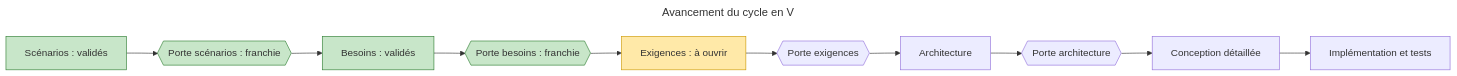
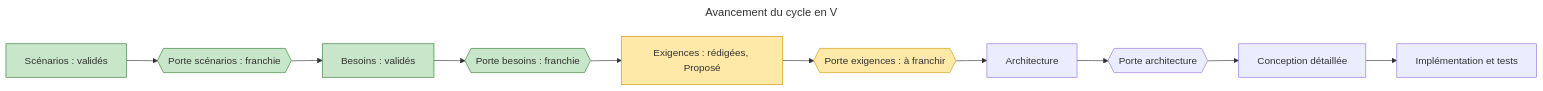
Before and after one commit to thourymatthieu-png/coworker_archi_system: the diagram in projets/boomrone/reprise.md, drawn with Mermaid. The commit also changed other lines of this file and 11 other files, not shown here.

First line of the commit message:
Boomrone : phase exigences, 41 exigences, 26 TS et 15 TA, porte non franchie

````diff
--- a/projets/boomrone/reprise.md
+++ b/projets/boomrone/reprise.md
@@ -8,19 +10,19 @@
 ```mermaid
 ---
 title: "Avancement du cycle en V"
 ---
 flowchart LR
     S["Scénarios : validés"] --> PS{{"Porte scénarios : franchie"}}
     PS --> B["Besoins : validés"]
     B --> PB{{"Porte besoins : franchie"}}
-    PB --> R["Exigences : à ouvrir"]
-    R --> PR{{"Porte exigences"}}
+    PB --> R["Exigences : rédigées, Proposé"]
+    R --> PR{{"Porte exigences : à franchir"}}
     PR --> A["Architecture"]
     A --> PA{{"Porte architecture"}}
     PA --> D["Conception détaillée"]
     D --> I["Implémentation et tests"]
     classDef fait fill:#c8e6c9,stroke:#2e7d32
     classDef cours fill:#ffe9a8,stroke:#c90
     class S,PS,B,PB fait
-    class R cours
+    class R,PR cours
 ```
````
